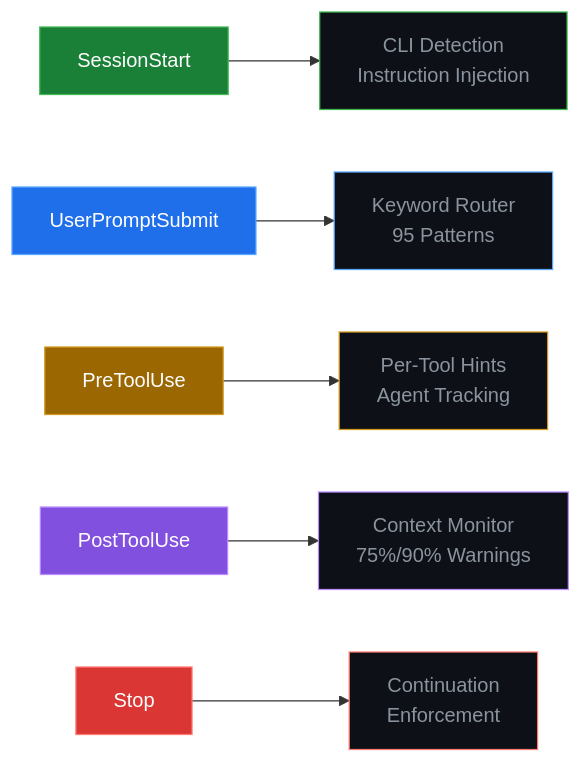
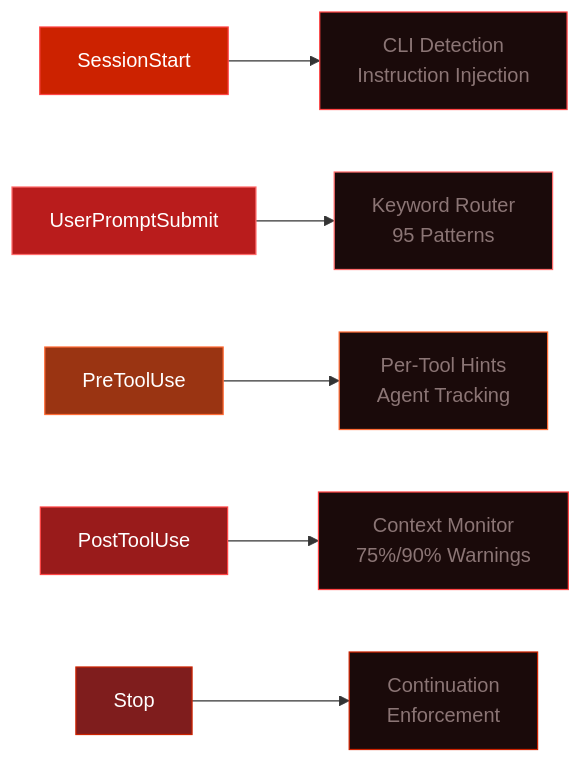
Before and after one commit to staticpayload/claude-forge: the second of 2 diagrams in README.md, drawn with Mermaid. The commit also changed other lines of this file and 3 other files, not shown here.

````diff
--- a/README.md
+++ b/README.md
@@ -411,19 +411,19 @@
 ```mermaid
 flowchart LR
     A["SessionStart"] --> B["CLI Detection\nInstruction Injection"]
     C["UserPromptSubmit"] --> D["Keyword Router\n95 Patterns"]
     E["PreToolUse"] --> F["Per-Tool Hints\nAgent Tracking"]
     G["PostToolUse"] --> H["Context Monitor\n75%/90% Warnings"]
     I["Stop"] --> J["Continuation\nEnforcement"]
 
-    style A fill:#1a7f37,stroke:#3fb950,color:#fff
-    style C fill:#1f6feb,stroke:#58a6ff,color:#fff
-    style E fill:#9a6700,stroke:#d29922,color:#fff
-    style G fill:#8250df,stroke:#bc8cff,color:#fff
-    style I fill:#da3633,stroke:#ff7b72,color:#fff
-    style B fill:#0d1117,stroke:#3fb950,color:#8b949e
-    style D fill:#0d1117,stroke:#58a6ff,color:#8b949e
-    style F fill:#0d1117,stroke:#d29922,color:#8b949e
-    style H fill:#0d1117,stroke:#bc8cff,color:#8b949e
-    style J fill:#0d1117,stroke:#ff7b72,color:#8b949e
+    style A fill:#cc2200,stroke:#ff4444,color:#fff
+    style C fill:#b91c1c,stroke:#ff6b6b,color:#fff
+    style E fill:#9a3412,stroke:#ff6b35,color:#fff
+    style G fill:#991b1b,stroke:#ff4444,color:#fff
+    style I fill:#7f1d1d,stroke:#cc2200,color:#fff
+    style B fill:#1a0a0a,stroke:#ff4444,color:#8b7575
+    style D fill:#1a0a0a,stroke:#ff6b6b,color:#8b7575
+    style F fill:#1a0a0a,stroke:#ff6b35,color:#8b7575
+    style H fill:#1a0a0a,stroke:#ff4444,color:#8b7575
+    style J fill:#1a0a0a,stroke:#cc2200,color:#8b7575
 ```
````
